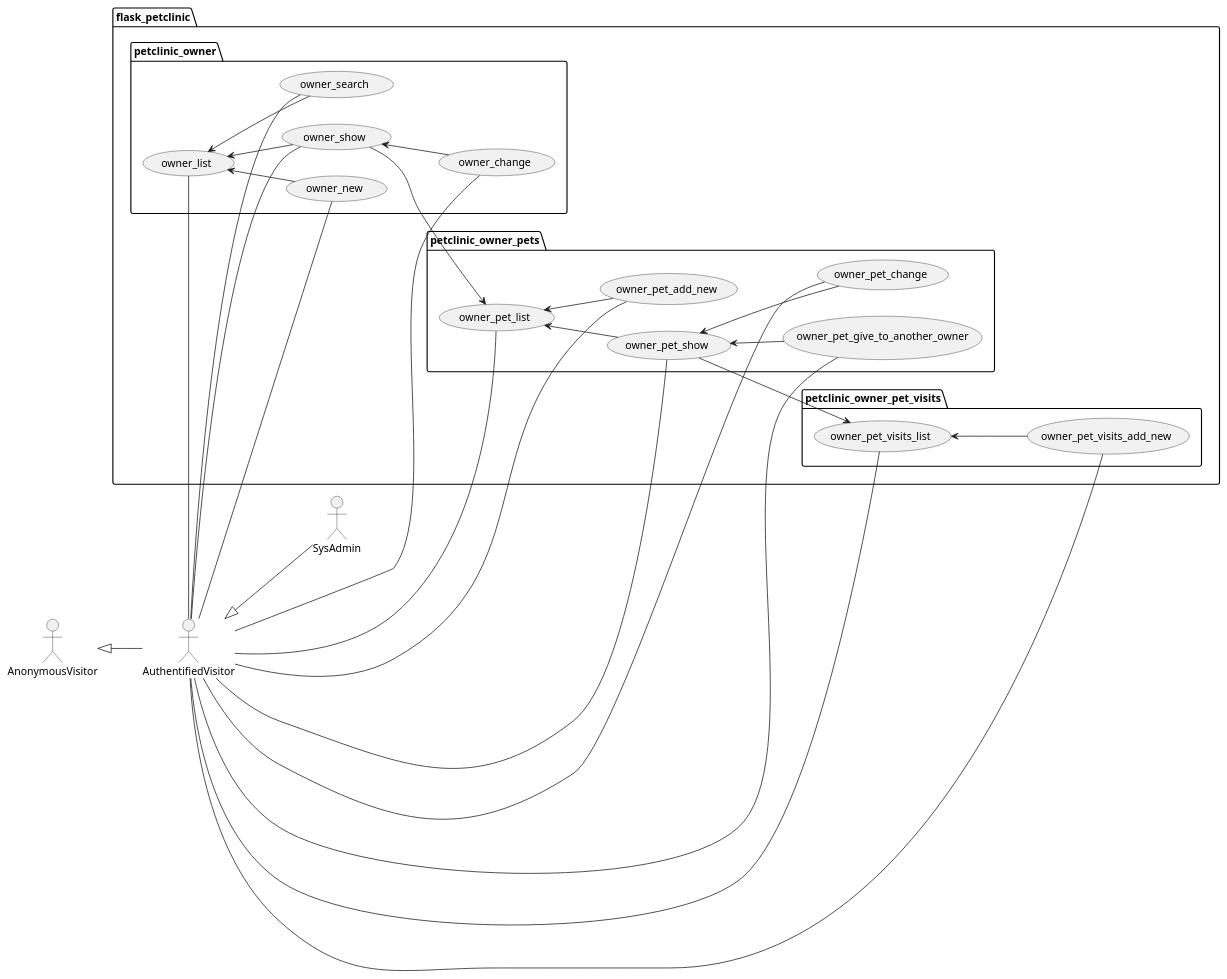
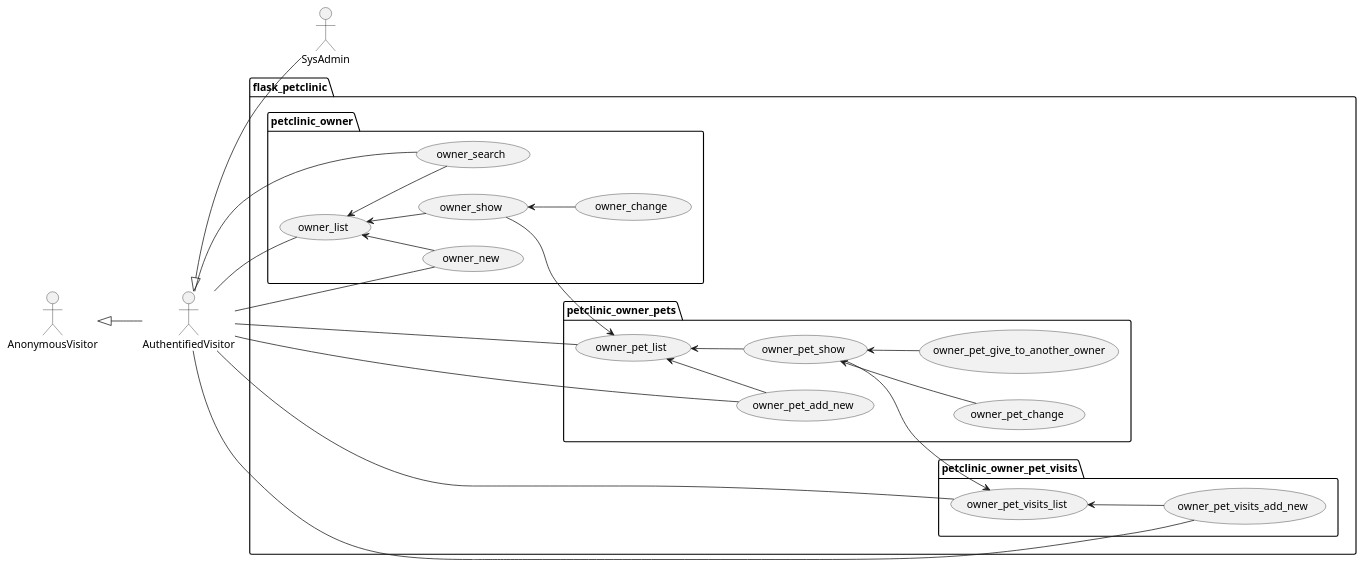
One commit to Jakarta-EE-Petclinic/petclinic_flask changed the diagram in project/petclinic_model/owner/owner.puml. Above: the diagram before and after it, drawn with PlantUML.

```diff
--- a/project/petclinic_model/owner/owner.puml
+++ b/project/petclinic_model/owner/owner.puml
@@ -1,67 +1,62 @@
 @startuml
 left to right direction
 
 actor AnonymousVisitor as av
 actor AuthentifiedVisitor as au
 actor SysAdmin as sa
 
 av <|-- au
 au <|-- sa
 
 package flask_petclinic {
 
     package petclinic_owner {
 
         usecase owner_search as uc7000
         usecase owner_list as uc7001
         usecase owner_new as uc7002
         usecase owner_show as uc7003
         usecase owner_change as uc7004
 
         au -- uc7000
         au -- uc7001
         au -- uc7002
-        au -- uc7003
-        au -- uc7004
 
         uc7001 <-- uc7000
         uc7001 <-- uc7002
         uc7001 <-- uc7003
         uc7003 <-- uc7004
     }
 
     package petclinic_owner_pets {
 
         usecase owner_pet_list as uc7100
         usecase owner_pet_add_new as uc7101
         usecase owner_pet_show as uc7102
         usecase owner_pet_change as uc7103
         usecase owner_pet_give_to_another_owner as uc7104
 
         au -- uc7100
         au -- uc7101
-        au -- uc7102
-        au -- uc7103
-        au -- uc7104
 
         uc7003 --> uc7100
         uc7100 <-- uc7101
         uc7100 <-- uc7102
         uc7102 <-- uc7103
         uc7102 <-- uc7104
     }
 
     package petclinic_owner_pet_visits {
 
         usecase owner_pet_visits_list as uc7200
         usecase owner_pet_visits_add_new as uc7201
 
         au -- uc7200
         au -- uc7201
 
         uc7102 --> uc7200
         uc7200 <-- uc7201
     }
 
 }
 @enduml
```
